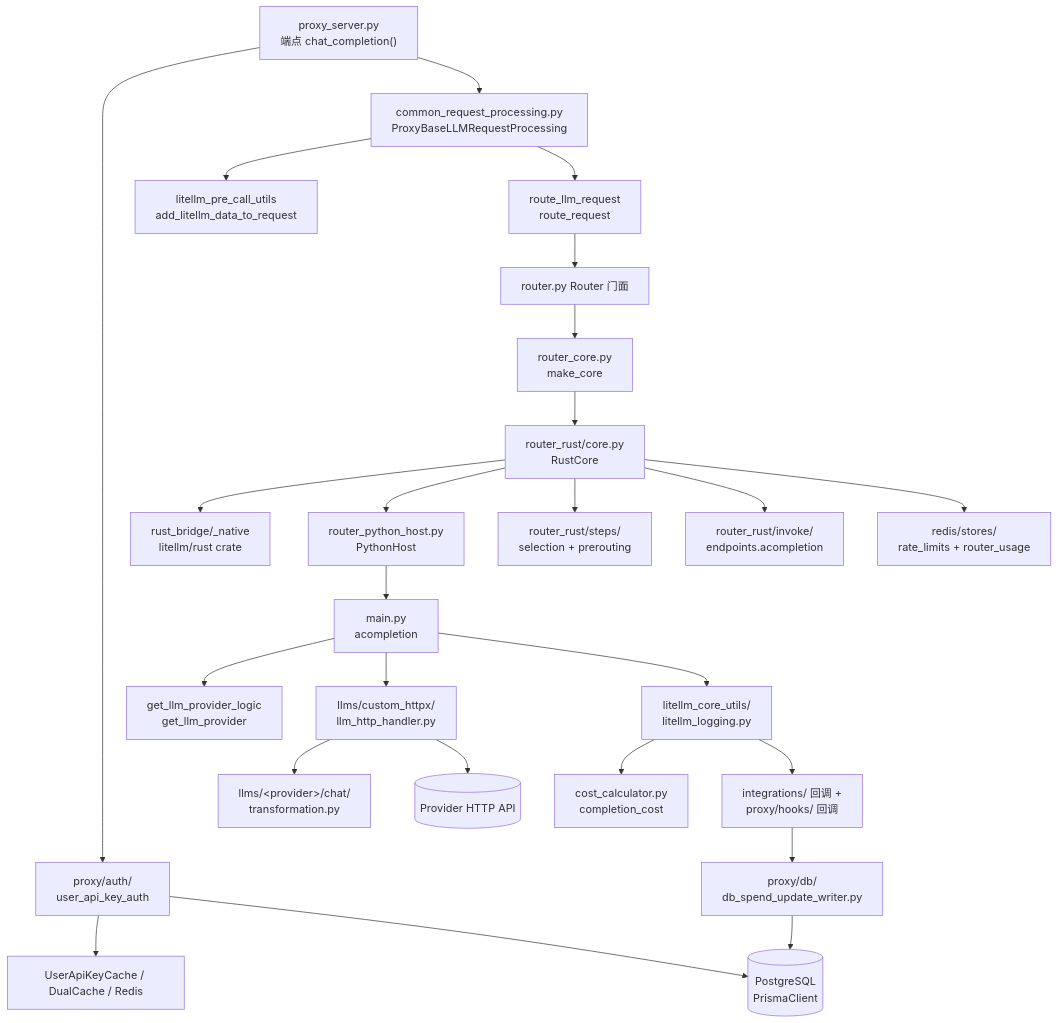
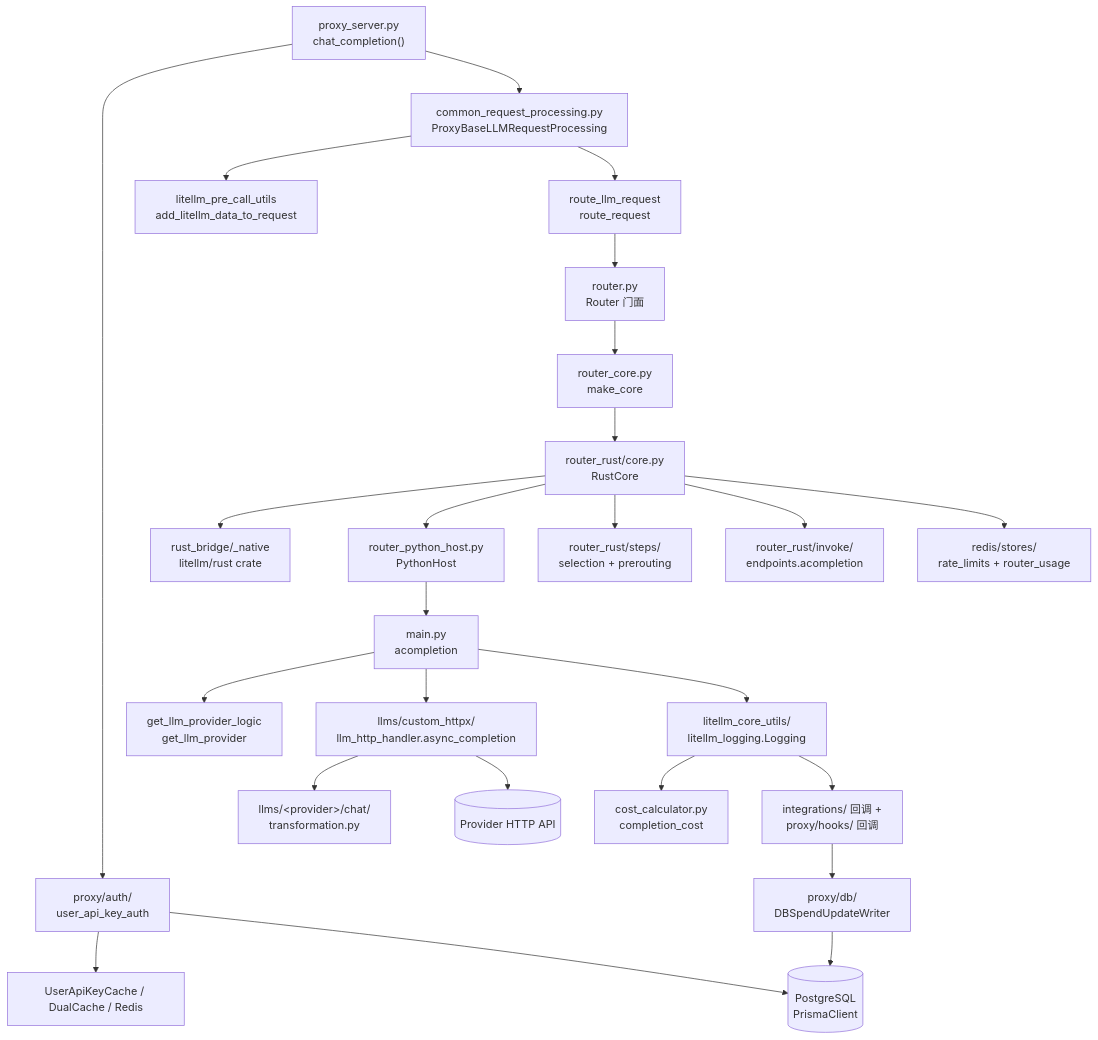
The diagram in docs/sourceReader/01-skeleton/03-modules-and-dependencies.md (adrian9778/litellm), drawn with Mermaid before and after one commit. The commit also changed other lines of this file and 28 other files, not shown here.

````diff
--- a/docs/sourceReader/01-skeleton/03-modules-and-dependencies.md
+++ b/docs/sourceReader/01-skeleton/03-modules-and-dependencies.md
@@ -54,27 +59,27 @@
 ```mermaid
 graph TD
-    EP["proxy_server.py<br/>端点 chat_completion()"] --> AUTH["proxy/auth/<br/>user_api_key_auth"]
+    EP["proxy_server.py<br/>chat_completion()"] --> AUTH["proxy/auth/<br/>user_api_key_auth"]
     EP --> PROC["common_request_processing.py<br/>ProxyBaseLLMRequestProcessing"]
     AUTH --> CACHE["UserApiKeyCache / DualCache / Redis"]
     AUTH --> DB[("PostgreSQL<br/>PrismaClient")]
     PROC --> PRE["litellm_pre_call_utils<br/>add_litellm_data_to_request"]
     PROC --> ROUTED["route_llm_request<br/>route_request"]
-    ROUTED --> RT["router.py Router 门面"]
+    ROUTED --> RT["router.py<br/>Router 门面"]
     RT --> MAKE["router_core.py<br/>make_core"]
     MAKE --> RUSTCORE["router_rust/core.py<br/>RustCore"]
     RUSTCORE --> NATIVE["rust_bridge/_native<br/>litellm/rust crate"]
     RUSTCORE --> HOST["router_python_host.py<br/>PythonHost"]
     RUSTCORE --> STEP["router_rust/steps/<br/>selection + prerouting"]
     RUSTCORE --> INVOKE["router_rust/invoke/<br/>endpoints.acompletion"]
     RUSTCORE --> RSTORE["redis/stores/<br/>rate_limits + router_usage"]
     HOST --> MAIN["main.py<br/>acompletion"]
     MAIN --> PROV["get_llm_provider_logic<br/>get_llm_provider"]
-    MAIN --> HANDLER["llms/custom_httpx/<br/>llm_http_handler.py"]
+    MAIN --> HANDLER["llms/custom_httpx/<br/>llm_http_handler.async_completion"]
     HANDLER --> CFG["llms/&lt;provider&gt;/chat/<br/>transformation.py"]
     HANDLER --> HTTP[("Provider HTTP API")]
-    MAIN --> LOG["litellm_core_utils/<br/>litellm_logging.py"]
+    MAIN --> LOG["litellm_core_utils/<br/>litellm_logging.Logging"]
     LOG --> COST["cost_calculator.py<br/>completion_cost"]
     LOG --> CB["integrations/ 回调 +<br/>proxy/hooks/ 回调"]
-    CB --> WRITER["proxy/db/<br/>db_spend_update_writer.py"]
+    CB --> WRITER["proxy/db/<br/>DBSpendUpdateWriter"]
     WRITER --> DB
 ```
````
